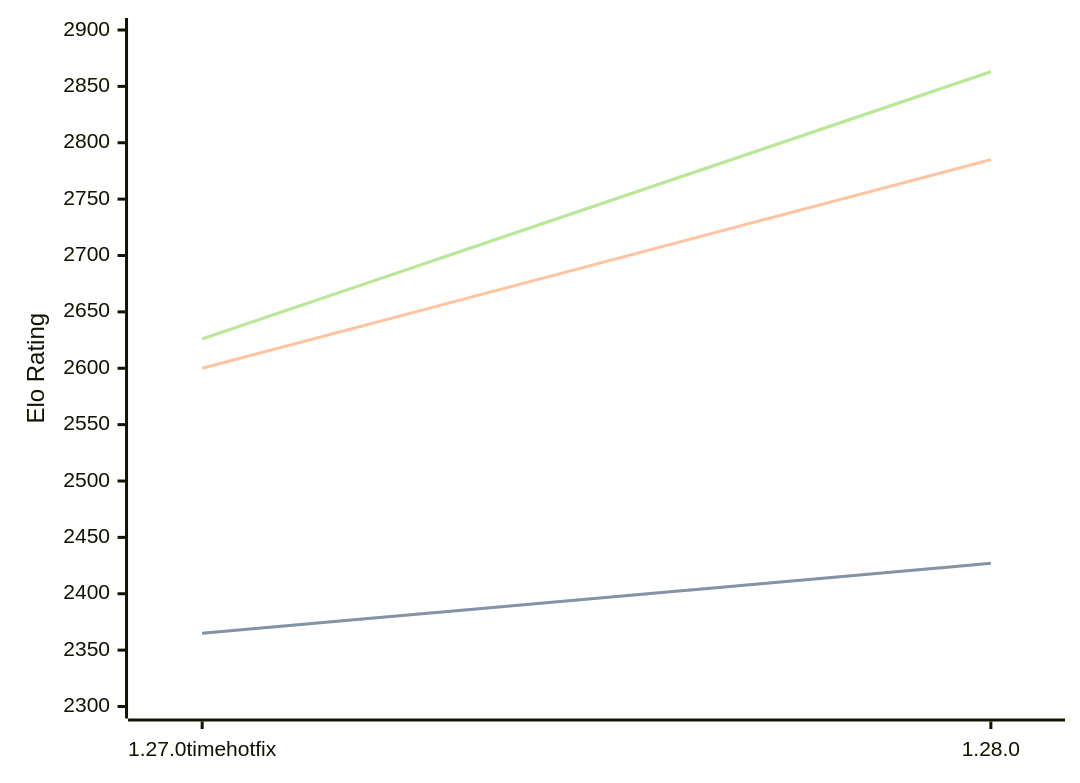
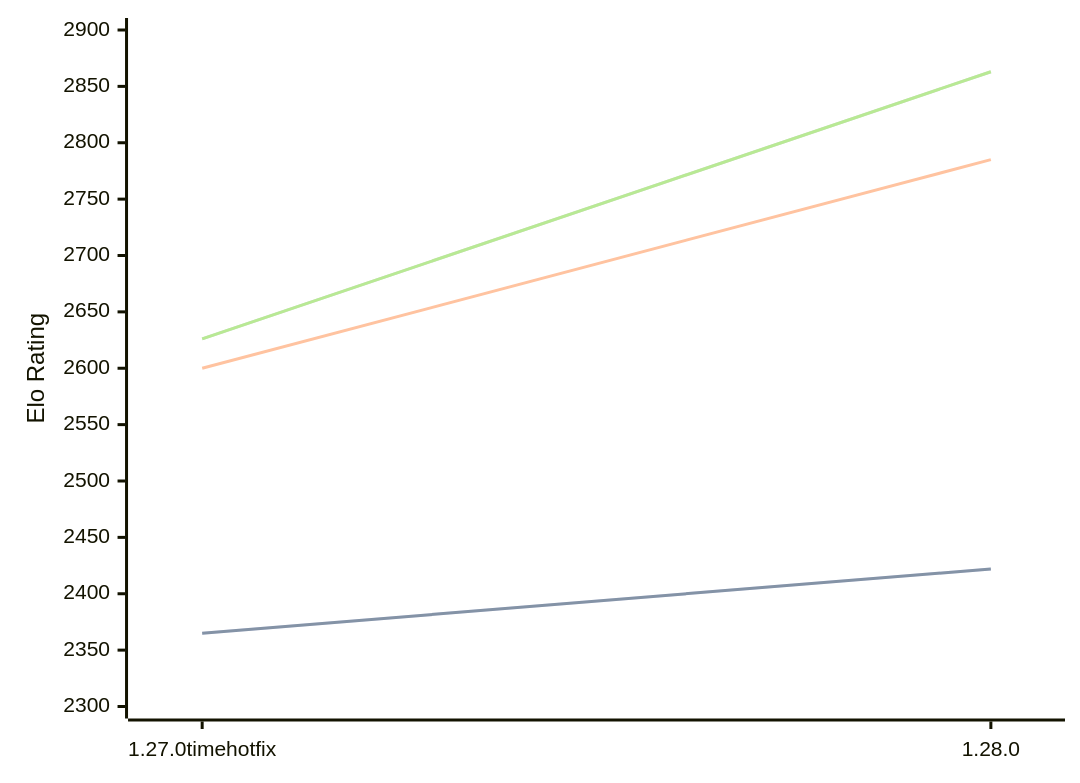
The diagram in engines/Aurora.md (computer-chess-index/cci), drawn with Mermaid before and after one commit. The commit also changed other lines of this file, not shown here.

````diff
--- a/engines/Aurora.md
+++ b/engines/Aurora.md
@@ -33,11 +33,11 @@
 ```mermaid
 %%{init: {"theme":"base","themeVariables":{"seriesColors:['#a3a3a3','#222221','#faa371']}}}%%
 xychart-beta
   x-axis ["1.27.0timehotfix", "1.28.0"]
   y-axis "Elo Rating" 2300 --> 2900
-  line "" [2365, 2427]
-  line "STC (8.0+0.08s)" [2365, 2427]
+  line "" [2365, 2422]
+  line "STC (8.0+0.08s)" [2365, 2422]
   line "LTC (60.0+0.60s)" [2600, 2785]
   line "" [2626, 2863]
   line "VLTC (2m24s+1.12s)" [2626, 2863]
 ```
````
